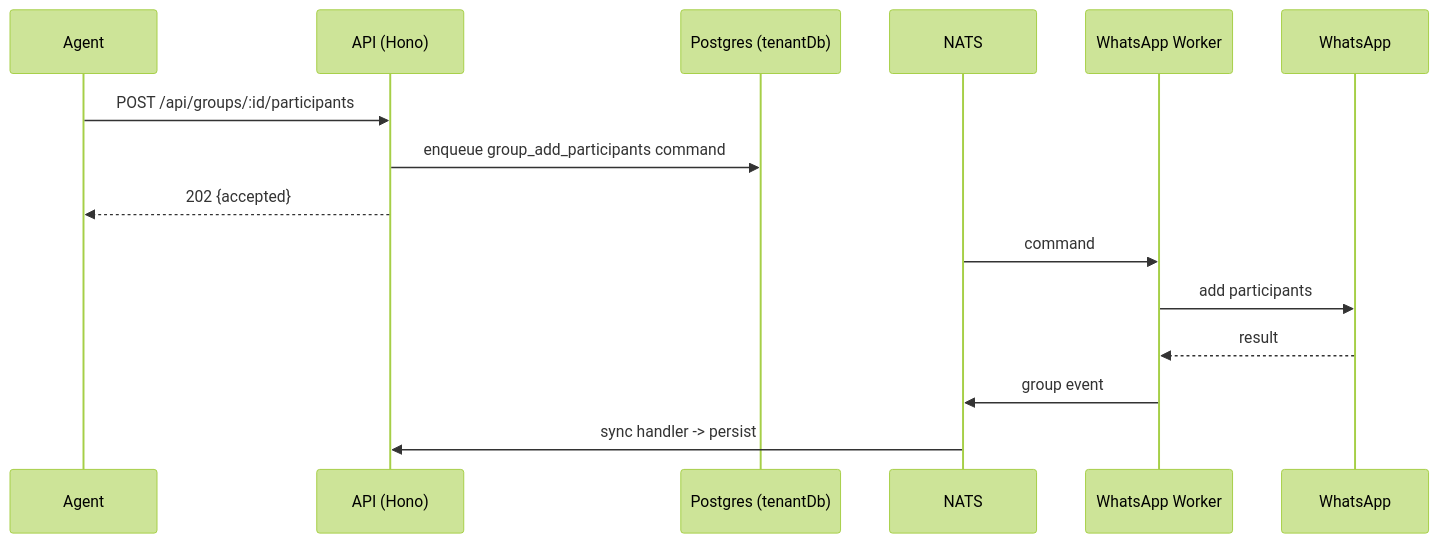
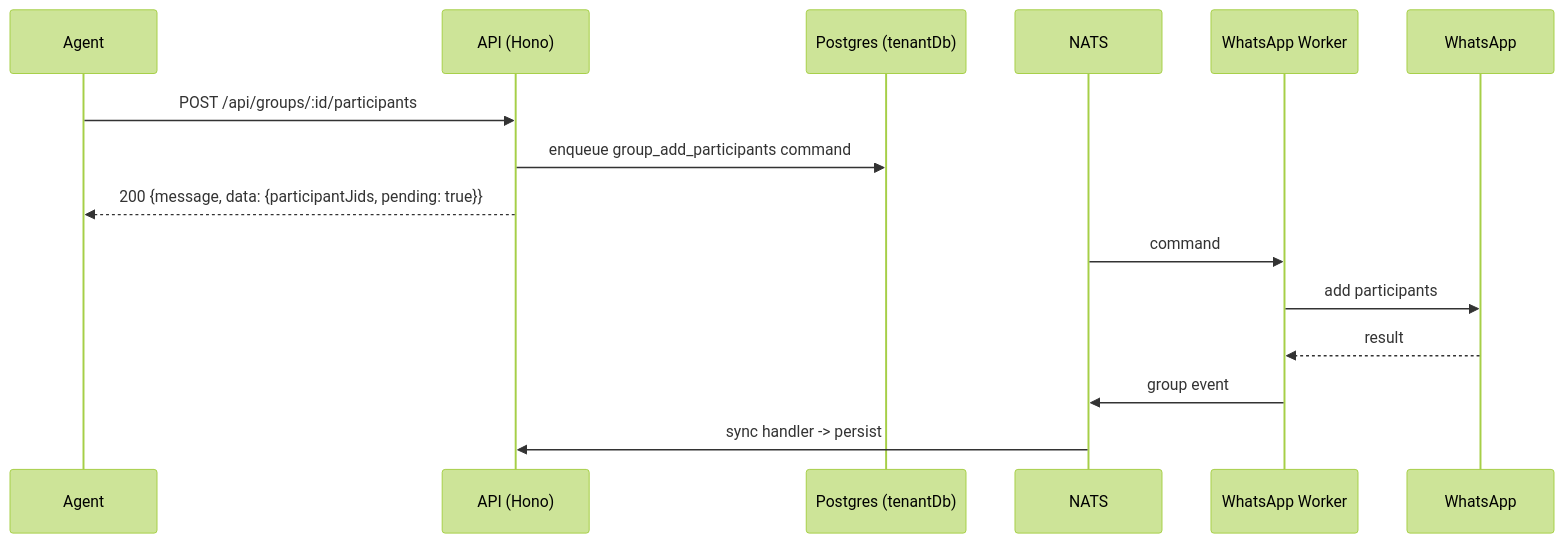
The second of 2 diagrams in docs/apis/groups.md (ygncode/wateaminbox), drawn with Mermaid (forest theme) before and after one commit. The commit also changed other lines of this file and 27 other files, not shown here.

````diff
--- a/docs/apis/groups.md
+++ b/docs/apis/groups.md
@@ -61,17 +61,17 @@
 ```mermaid
 sequenceDiagram
     participant U as Agent
     participant A as API (Hono)
     participant D as Postgres (tenantDb)
     participant N as NATS
     participant W as WhatsApp Worker
     participant WA as WhatsApp
     U->>A: POST /api/groups/:id/participants
     A->>D: enqueue group_add_participants command
-    A-->>U: 202 {accepted}
+    A-->>U: 200 {message, data: {participantJids, pending: true}}
     N->>W: command
     W->>WA: add participants
     WA-->>W: result
     W->>N: group event
     N->>A: sync handler -> persist
 ```
````
